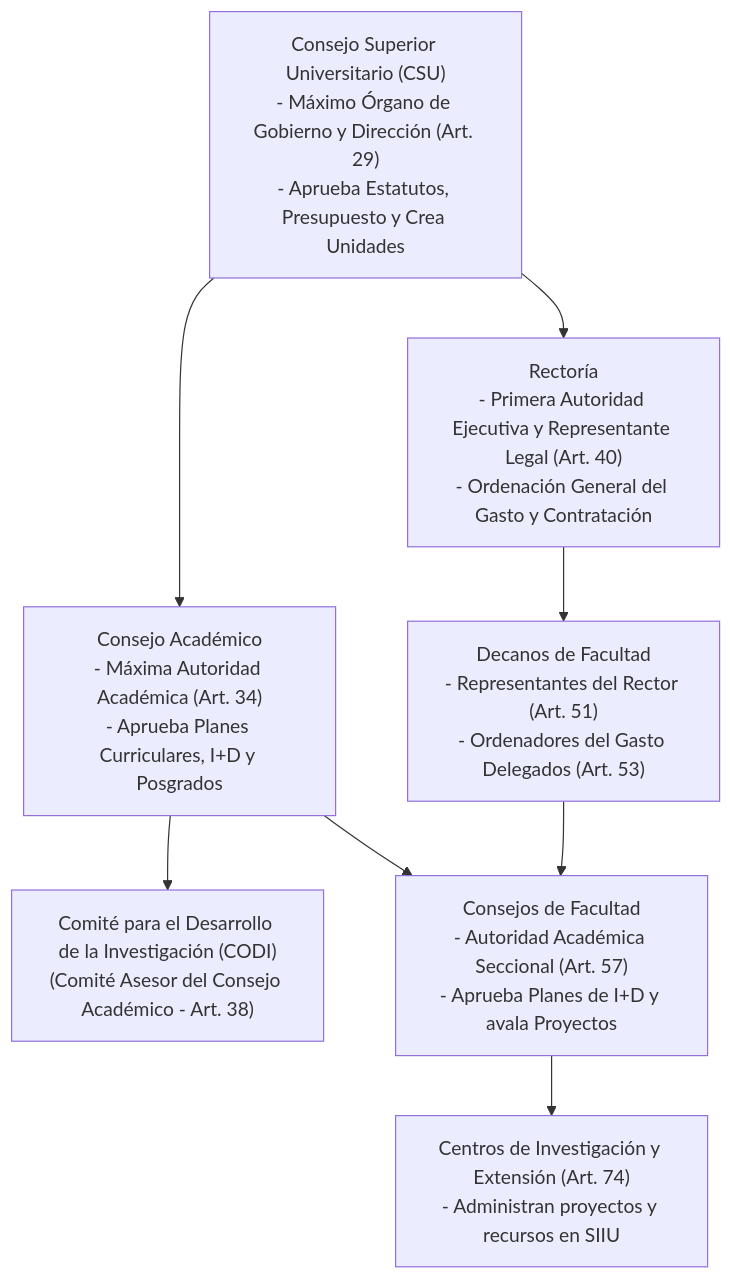
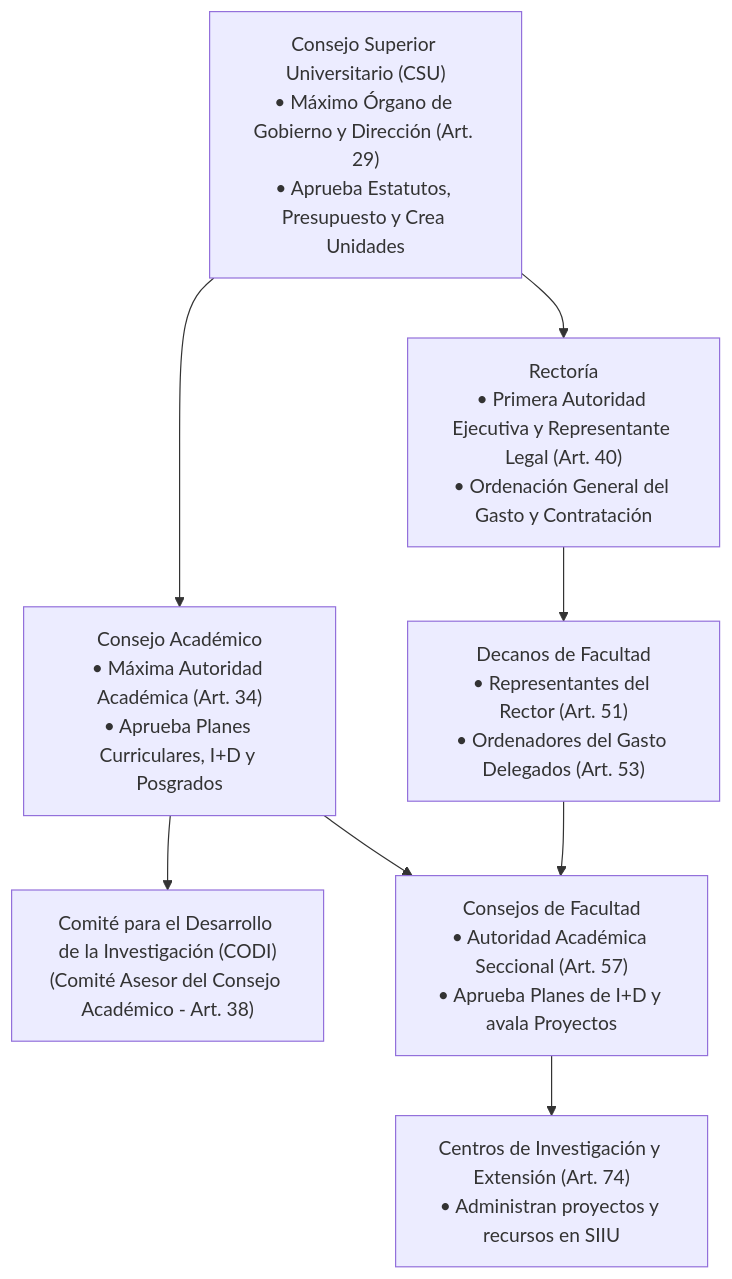
Before and after one commit to Colors-svg/Wiki: the first of 2 diagrams in wiki/05_MARCO_NORMATIVO/AS_01_1994_Estatuto_General.md, drawn with Mermaid. The commit also changed 7 other files, not shown here.

Commit message:
fix(diagrams): solucionar desbordamiento de texto en nodos Mermaid con flowchart y auto-wrap CSS

````diff
--- a/wiki/05_MARCO_NORMATIVO/AS_01_1994_Estatuto_General.md
+++ b/wiki/05_MARCO_NORMATIVO/AS_01_1994_Estatuto_General.md
@@ -28,24 +28,24 @@
 ```mermaid
-graph TD
-    CSU["Consejo Superior Universitario (CSU)\n- Máximo Órgano de Gobierno y Dirección (Art. 29)\n- Aprueba Estatutos, Presupuesto y Crea Unidades"]
+flowchart TD
+    CSU["Consejo Superior Universitario (CSU)<br/>• Máximo Órgano de Gobierno y Dirección (Art. 29)<br/>• Aprueba Estatutos, Presupuesto y Crea Unidades"]
     
-    Rector["Rectoría\n- Primera Autoridad Ejecutiva y Representante Legal (Art. 40)\n- Ordenación General del Gasto y Contratación"]
+    Rector["Rectoría<br/>• Primera Autoridad Ejecutiva y Representante Legal (Art. 40)<br/>• Ordenación General del Gasto y Contratación"]
     
-    Acad["Consejo Académico\n- Máxima Autoridad Académica (Art. 34)\n- Aprueba Planes Curriculares, I+D y Posgrados"]
+    Acad["Consejo Académico<br/>• Máxima Autoridad Académica (Art. 34)<br/>• Aprueba Planes Curriculares, I+D y Posgrados"]
     
-    CODI["Comité para el Desarrollo de la Investigación (CODI)\n(Comité Asesor del Consejo Académico - Art. 38)"]
+    CODI["Comité para el Desarrollo de la Investigación (CODI)<br/>(Comité Asesor del Consejo Académico - Art. 38)"]
     
-    Decanos["Decanos de Facultad\n- Representantes del Rector (Art. 51)\n- Ordenadores del Gasto Delegados (Art. 53)"]
+    Decanos["Decanos de Facultad<br/>• Representantes del Rector (Art. 51)<br/>• Ordenadores del Gasto Delegados (Art. 53)"]
     
-    CF["Consejos de Facultad\n- Autoridad Académica Seccional (Art. 57)\n- Aprueba Planes de I+D y avala Proyectos"]
+    CF["Consejos de Facultad<br/>• Autoridad Académica Seccional (Art. 57)<br/>• Aprueba Planes de I+D y avala Proyectos"]
     
-    Centros["Centros de Investigación y Extensión (Art. 74)\n- Administran proyectos y recursos en SIIU"]
+    Centros["Centros de Investigación y Extensión (Art. 74)<br/>• Administran proyectos y recursos en SIIU"]
 
     CSU --> Rector
     CSU --> Acad
     Rector --> Decanos
     Acad --> CODI
     Acad --> CF
     Decanos --> CF
     CF --> Centros
 ```
````
